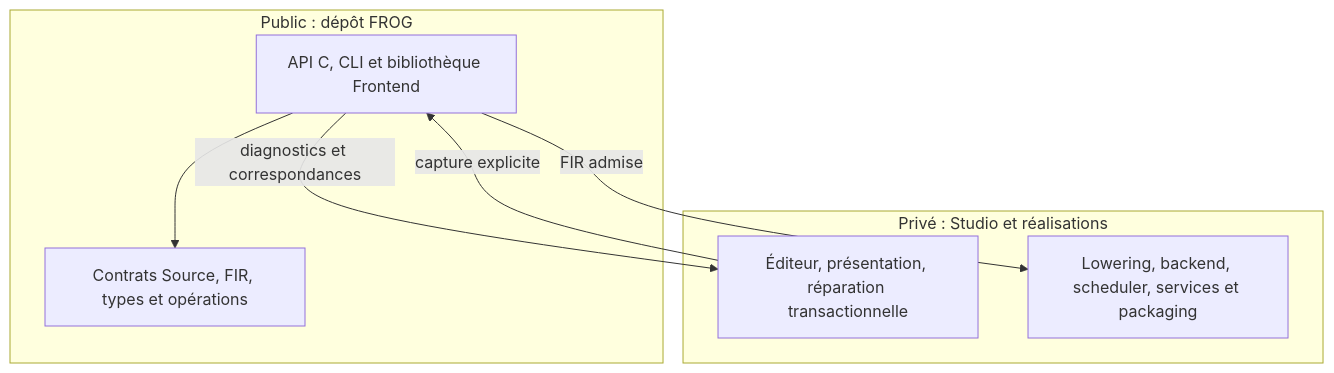
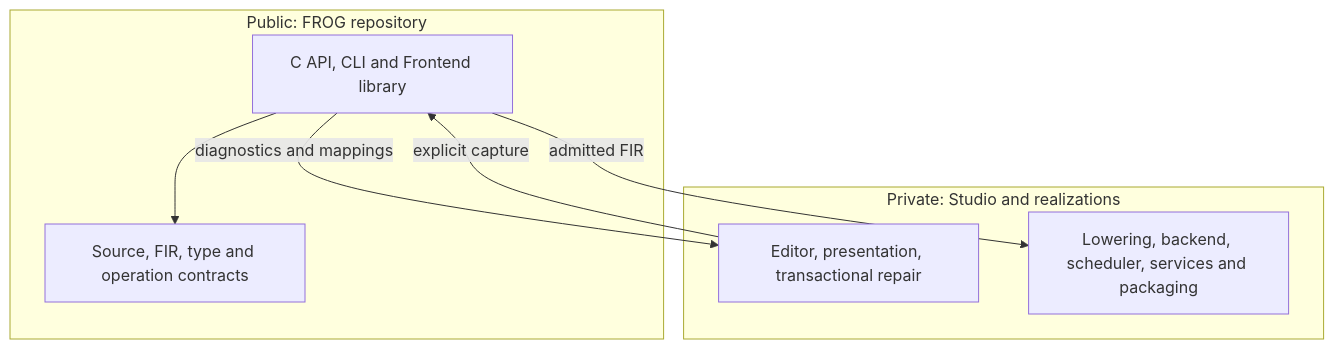
Before and after one commit to Graiphic/FROG: the third of 3 diagrams in Implementations/Frontend/docs/architecture-and-maintenance.md, drawn with Mermaid. The commit also changed other lines of this file and 1100 other files, not shown here.

````diff
--- a/Implementations/Frontend/docs/architecture-and-maintenance.md
+++ b/Implementations/Frontend/docs/architecture-and-maintenance.md
@@ -23,15 +25,15 @@
 ```mermaid
 flowchart TB
-  subgraph Public[Public : dépôt FROG]
-    API[API C, CLI et bibliothèque Frontend]
-    Contracts[Contrats Source, FIR, types et opérations]
+  subgraph Public[Public: FROG repository]
+    API[C API, CLI and Frontend library]
+    Contracts[Source, FIR, type and operation contracts]
     API --> Contracts
   end
-  subgraph Private[Privé : Studio et réalisations]
-    Editor[Éditeur, présentation, réparation transactionnelle]
-    Runtime[Lowering, backend, scheduler, services et packaging]
+  subgraph Private[Private: Studio and realizations]
+    Editor[Editor, presentation, transactional repair]
+    Runtime[Lowering, backend, scheduler, services and packaging]
   end
-  Editor -->|capture explicite| API
-  API -->|diagnostics et correspondances| Editor
-  API -->|FIR admise| Runtime
+  Editor -->|explicit capture| API
+  API -->|diagnostics and mappings| Editor
+  API -->|admitted FIR| Runtime
 ```
````
